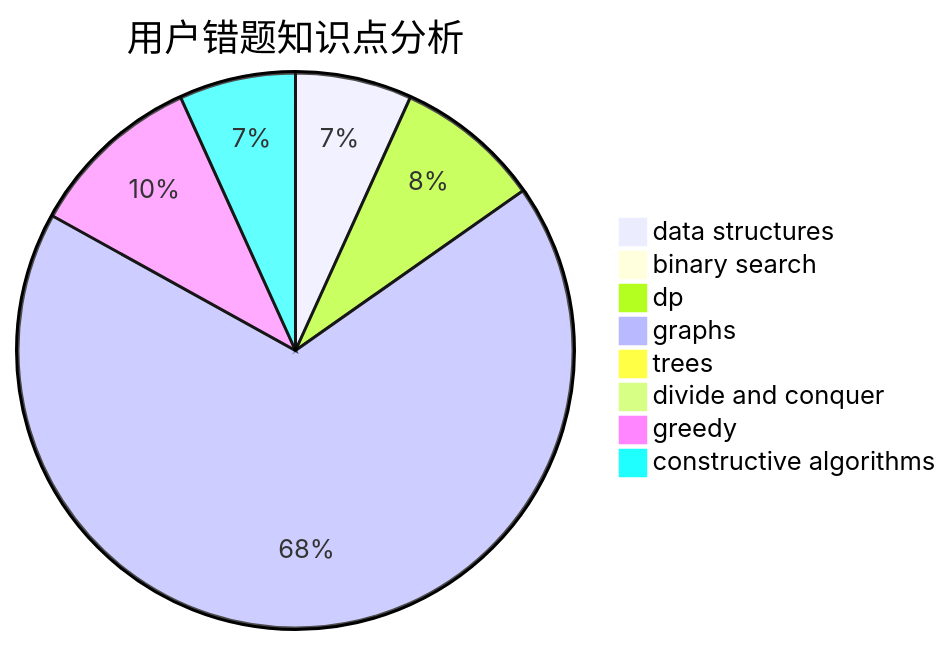
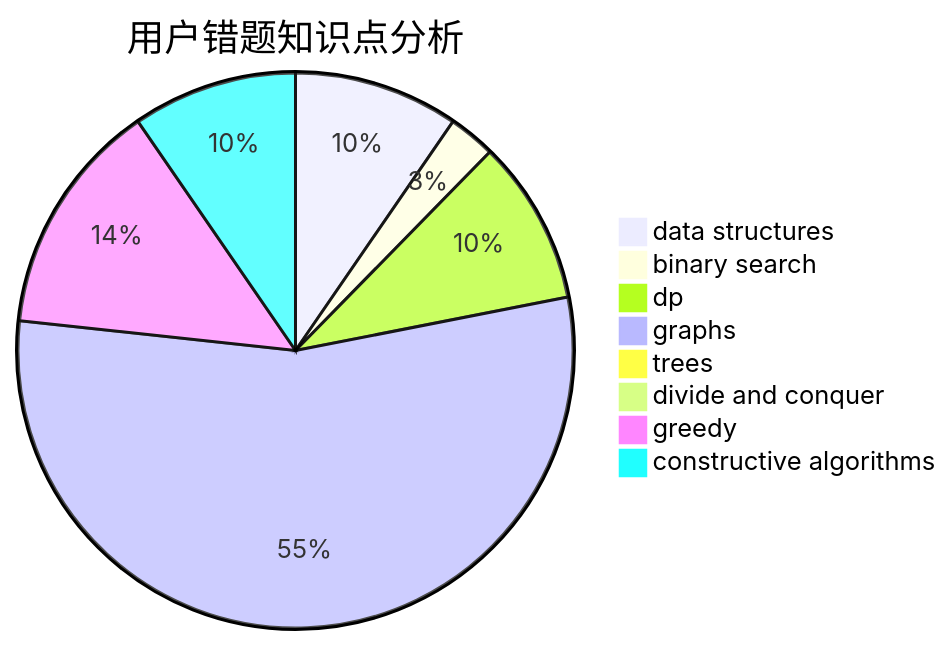
One commit to sherpahu/cfrs.github.io changed the third of 3 diagrams in docs/user/u1502.md. Above: the diagram before and after it, drawn with Mermaid. The commit also changed other lines of this file and 2770 other files, not shown here.

````diff
--- a/docs/user/u1502.md
+++ b/docs/user/u1502.md
@@ -36,11 +36,11 @@
 ```mermaid
 pie title 用户错题知识点分析
-    "data structures" :  4
-    "binary search" :  0
-    "dp" :  5
+    "data structures" :  7
+    "binary search" :  2
+    "dp" :  7
     "graphs" :  40
     "trees" :  0
     "divide and conquer" :  0
-    "greedy" :  6
-    "constructive algorithms" :  4
+    "greedy" :  10
+    "constructive algorithms" :  7
 ```
````
